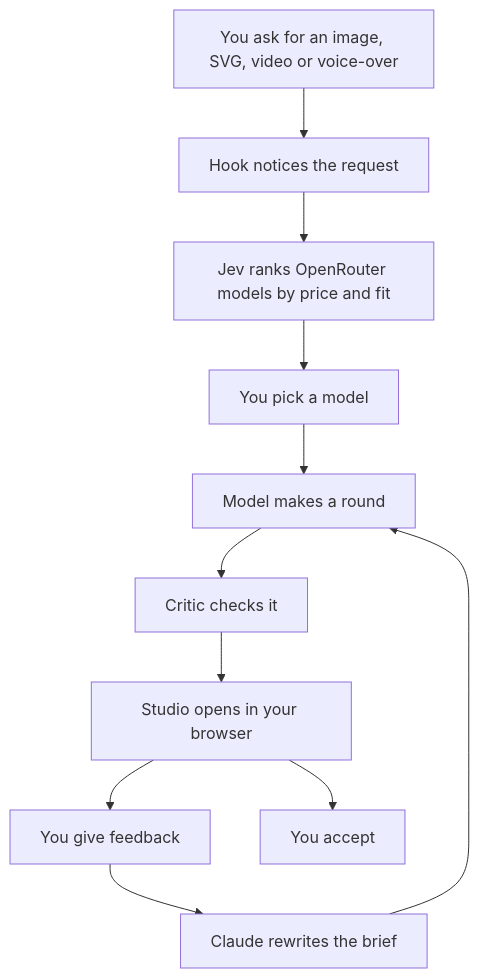
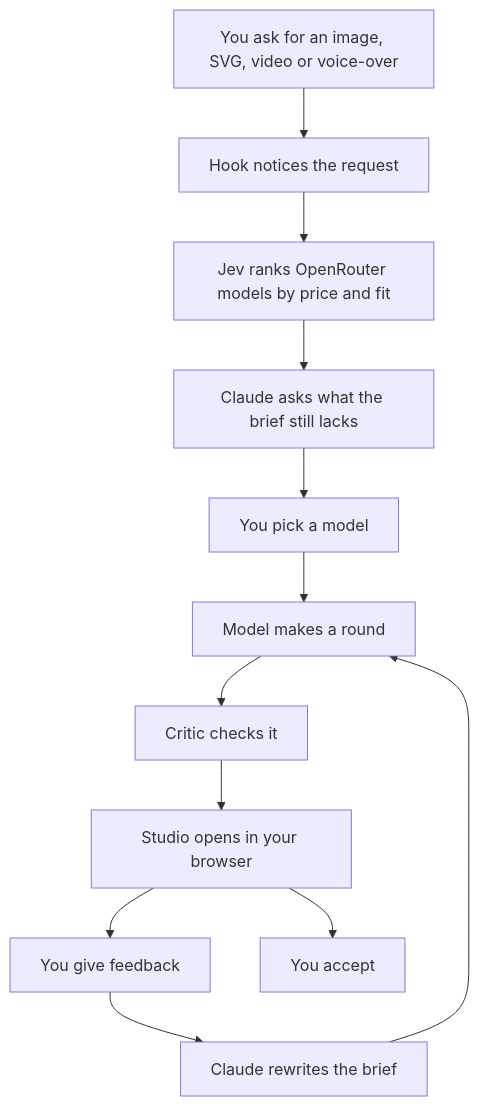
Before and after one commit to dimitritholen/clouter: the first of 2 diagrams in README.md, drawn with Mermaid. The commit also changed other lines of this file and 8 other files, not shown here.

````diff
--- a/README.md
+++ b/README.md
@@ -33,13 +40,14 @@
 ```mermaid
 flowchart TD
     A["You ask for an image, SVG, video or voice-over"] --> B["Hook notices the request"]
     B --> C["Jev ranks OpenRouter models by price and fit"]
-    C --> D["You pick a model"]
+    C --> Q["Claude asks what the brief still lacks"]
+    Q --> D["You pick a model"]
     D --> E["Model makes a round"]
     E --> F["Critic checks it"]
     F --> G["Studio opens in your browser"]
     G --> H["You give feedback"]
     H --> I["Claude rewrites the brief"]
     I --> E
     G --> J["You accept"]
 ```
````
